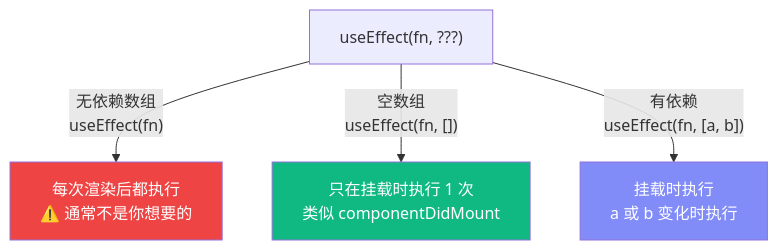
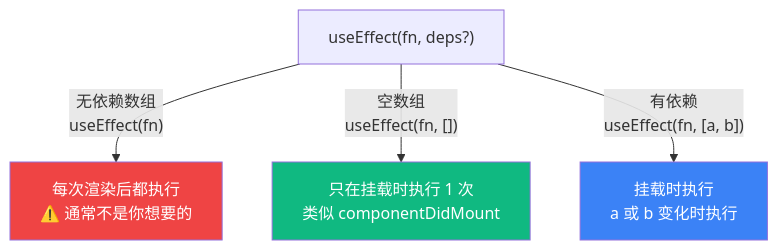
Before and after one commit to boltguo/react_learn: the second of 8 diagrams in docs/Lesson_05.md, drawn with Mermaid. The commit also changed other lines of this file and 31 other files, not shown here.

Commit message:
docs: 统一Mermaid术语与配色层级

````diff
--- a/docs/Lesson_05.md
+++ b/docs/Lesson_05.md
@@ -67,12 +79,12 @@
 ```mermaid
 flowchart TB
-    A["useEffect(fn, ???)"]
+    A["useEffect(fn, deps?)"]
     
     A -->|"无依赖数组\nuseEffect(fn)"| B["每次渲染后都执行<br/>⚠️ 通常不是你想要的"]
     A -->|"空数组\nuseEffect(fn, [])"| C["只在挂载时执行 1 次<br/>类似 componentDidMount"]
     A -->|"有依赖\nuseEffect(fn, [a, b])"| D["挂载时执行<br/>a 或 b 变化时执行"]
     
     style B fill:#ef4444,color:#fff
     style C fill:#10b981,color:#fff
-    style D fill:#818cf8,color:#fff
+    style D fill:#3b82f6,color:#fff
 ```
````
